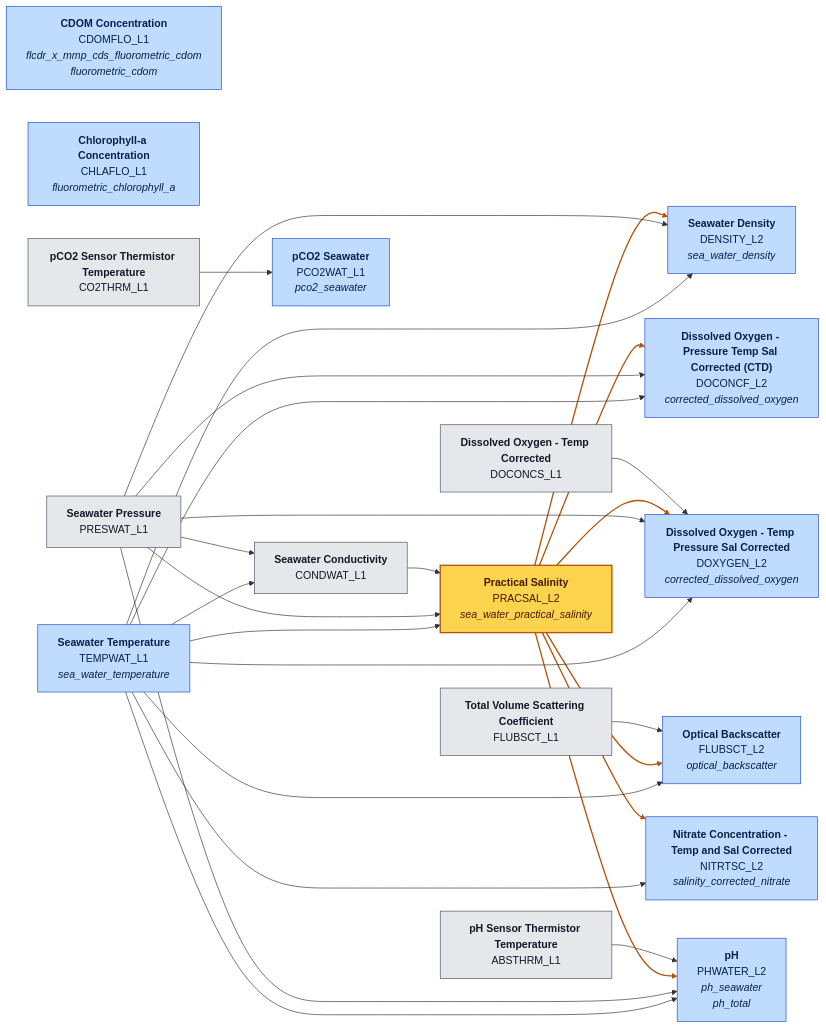
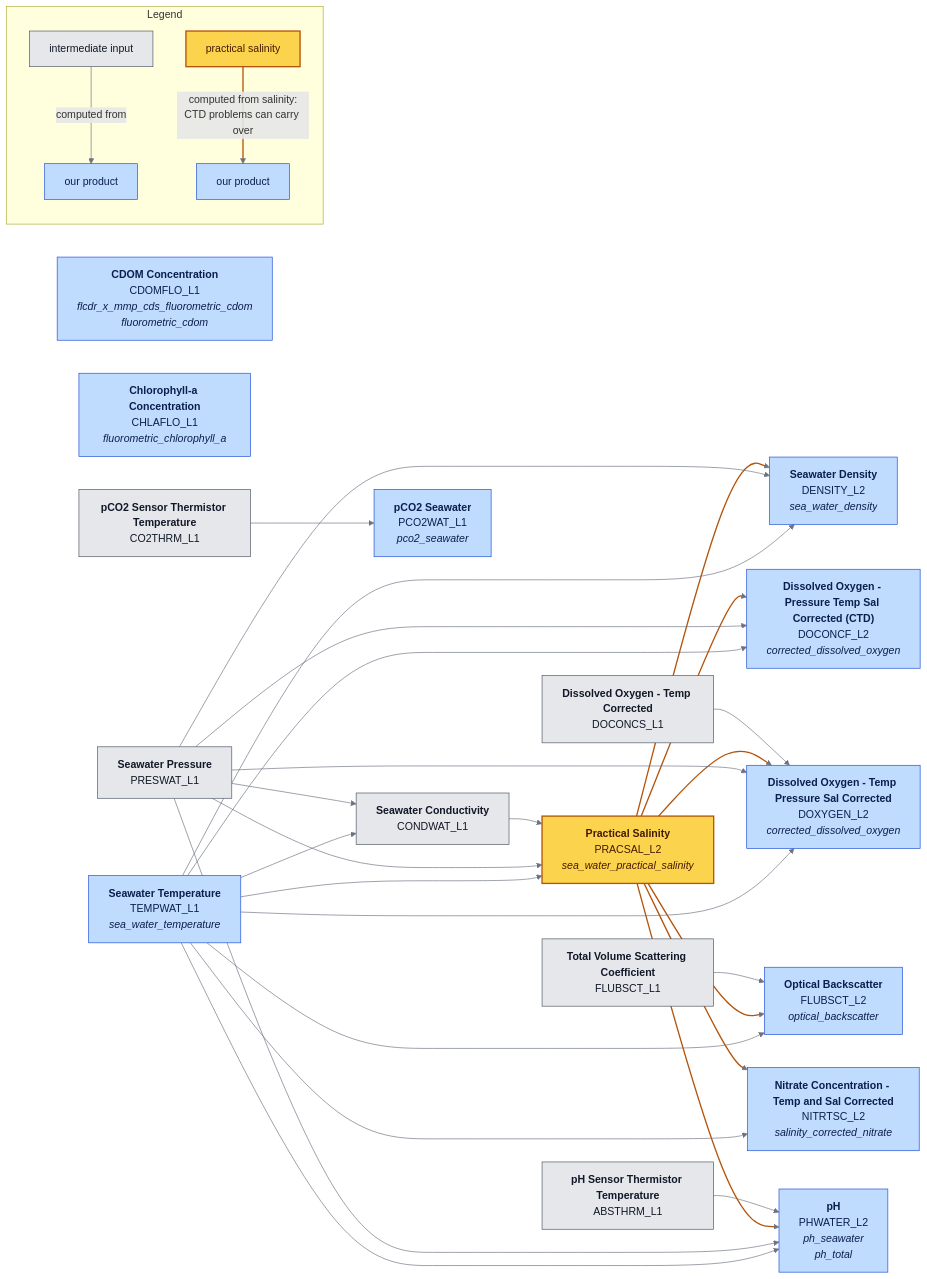
One commit to ooi-data/rca-cicoes-cresst changed the diagram in docs/parameter_dependencies.md. Above: the diagram before and after it, drawn with Mermaid. The commit also changed 1 other file, not shown here.

Commit message:
graph legend

````diff
--- a/docs/parameter_dependencies.md
+++ b/docs/parameter_dependencies.md
@@ -13,51 +13,57 @@
 ```mermaid
 flowchart LR
     ABSTHRM_L1["<b>pH Sensor Thermistor Temperature</b><br/>ABSTHRM_L1"]
     CDOMFLO_L1["<b>CDOM Concentration</b><br/>CDOMFLO_L1<br/><i>flcdr_x_mmp_cds_fluorometric_cdom</i><br/><i>fluorometric_cdom</i>"]
     CHLAFLO_L1["<b>Chlorophyll-a Concentration</b><br/>CHLAFLO_L1<br/><i>fluorometric_chlorophyll_a</i>"]
     CO2THRM_L1["<b>pCO2 Sensor Thermistor Temperature</b><br/>CO2THRM_L1"]
     CONDWAT_L1["<b>Seawater Conductivity</b><br/>CONDWAT_L1"]
     DENSITY_L2["<b>Seawater Density</b><br/>DENSITY_L2<br/><i>sea_water_density</i>"]
     DOCONCF_L2["<b>Dissolved Oxygen - Pressure Temp Sal Corrected (CTD)</b><br/>DOCONCF_L2<br/><i>corrected_dissolved_oxygen</i>"]
     DOCONCS_L1["<b>Dissolved Oxygen - Temp Corrected</b><br/>DOCONCS_L1"]
     DOXYGEN_L2["<b>Dissolved Oxygen - Temp Pressure Sal Corrected</b><br/>DOXYGEN_L2<br/><i>corrected_dissolved_oxygen</i>"]
     FLUBSCT_L1["<b>Total Volume Scattering Coefficient</b><br/>FLUBSCT_L1"]
     FLUBSCT_L2["<b>Optical Backscatter</b><br/>FLUBSCT_L2<br/><i>optical_backscatter</i>"]
     NITRTSC_L2["<b>Nitrate Concentration - Temp and Sal Corrected</b><br/>NITRTSC_L2<br/><i>salinity_corrected_nitrate</i>"]
     PCO2WAT_L1["<b>pCO2 Seawater</b><br/>PCO2WAT_L1<br/><i>pco2_seawater</i>"]
     PHWATER_L2["<b>pH</b><br/>PHWATER_L2<br/><i>ph_seawater</i><br/><i>ph_total</i>"]
     PRACSAL_L2["<b>Practical Salinity</b><br/>PRACSAL_L2<br/><i>sea_water_practical_salinity</i>"]
     PRESWAT_L1["<b>Seawater Pressure</b><br/>PRESWAT_L1"]
     TEMPWAT_L1["<b>Seawater Temperature</b><br/>TEMPWAT_L1<br/><i>sea_water_temperature</i>"]
     ABSTHRM_L1 --> PHWATER_L2
     CO2THRM_L1 --> PCO2WAT_L1
     CONDWAT_L1 --> PRACSAL_L2
     DOCONCS_L1 --> DOXYGEN_L2
     FLUBSCT_L1 --> FLUBSCT_L2
     PRACSAL_L2 --> DENSITY_L2
     PRACSAL_L2 --> DOCONCF_L2
     PRACSAL_L2 --> DOXYGEN_L2
     PRACSAL_L2 --> FLUBSCT_L2
     PRACSAL_L2 --> NITRTSC_L2
     PRACSAL_L2 --> PHWATER_L2
     PRESWAT_L1 --> CONDWAT_L1
     PRESWAT_L1 --> DENSITY_L2
     PRESWAT_L1 --> DOCONCF_L2
     PRESWAT_L1 --> DOXYGEN_L2
     PRESWAT_L1 --> PHWATER_L2
     PRESWAT_L1 --> PRACSAL_L2
     TEMPWAT_L1 --> CONDWAT_L1
     TEMPWAT_L1 --> DENSITY_L2
     TEMPWAT_L1 --> DOCONCF_L2
     TEMPWAT_L1 --> DOXYGEN_L2
     TEMPWAT_L1 --> FLUBSCT_L2
     TEMPWAT_L1 --> NITRTSC_L2
     TEMPWAT_L1 --> PHWATER_L2
     TEMPWAT_L1 --> PRACSAL_L2
+    subgraph Legend
+        lg_in[intermediate input] -->|computed from| lg_prod[our product]
+        lg_sal[practical salinity] -->|computed from salinity:<br/>CTD problems can carry over| lg_prod2[our product]
+    end
     classDef default fill:#e5e7eb,stroke:#4b5563,color:#111827
     classDef product fill:#bfdbfe,stroke:#1d4ed8,color:#0b1f4d
     classDef salinity fill:#fcd34d,stroke:#b45309,stroke-width:2px,color:#451a03
     class CDOMFLO_L1,CHLAFLO_L1,DENSITY_L2,DOCONCF_L2,DOXYGEN_L2,FLUBSCT_L2,NITRTSC_L2,PCO2WAT_L1,PHWATER_L2,TEMPWAT_L1 product
-    class PRACSAL_L2 salinity
-    linkStyle 5,6,7,8,9,10 stroke:#b45309,stroke-width:2px
+    class PRACSAL_L2,lg_sal salinity
+    class lg_prod,lg_prod2 product
+    linkStyle default stroke:#6b7280
+    linkStyle 5,6,7,8,9,10,26 stroke:#b45309,stroke-width:2px
 ```
````
